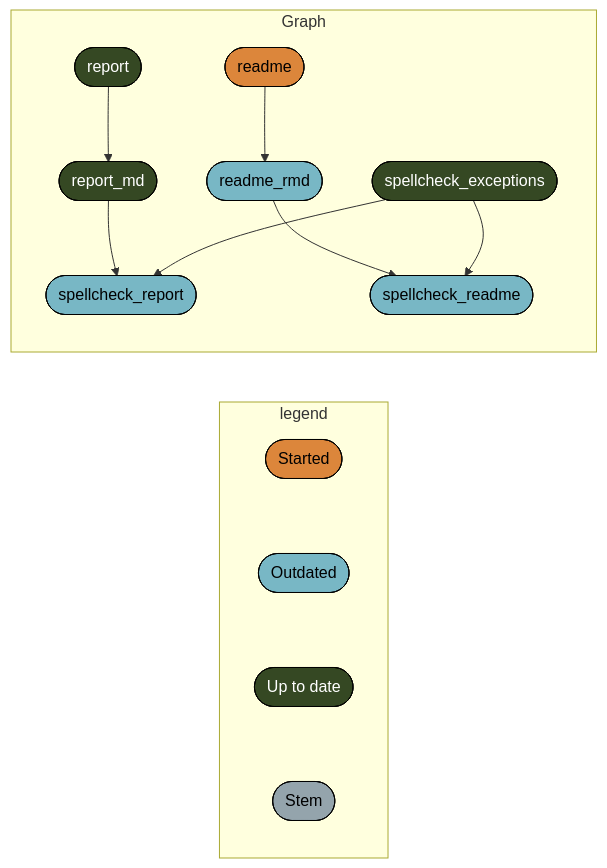
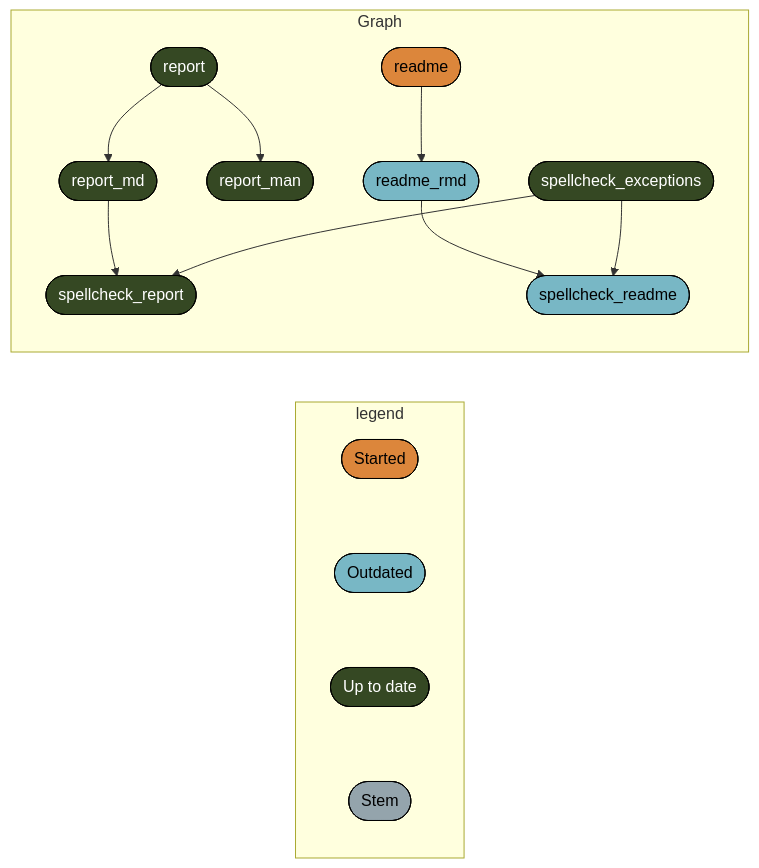
Before and after one commit to crsh/bf-defprit: the third of 3 diagrams in README.md, drawn with Mermaid. The commit also changed other lines of this file and 57 other files, not shown here.

````diff
--- a/README.md
+++ b/README.md
@@ -242,24 +241,25 @@
 ``` mermaid
                                                                                
 graph LR
   subgraph legend
     x5b3426b4c7fa7dbc([""Started""]):::started --- x0a52b03877696646([""Outdated""]):::outdated
     x0a52b03877696646([""Outdated""]):::outdated --- x7420bd9270f8d27d([""Up to date""]):::uptodate
     x7420bd9270f8d27d([""Up to date""]):::uptodate --- xbf4603d6c2c2ad6b([""Stem""]):::none
   end
   subgraph Graph
     x6e52cb0f1668cc22(["readme"]):::started --> x5a4cc06fc4a3b7ee(["readme_rmd"]):::outdated
-    x318ca994c4bb593a(["report_md"]):::uptodate --> xe6fb6b2c93ead02c(["spellcheck_report"]):::outdated
-    x4ffa27198e787466(["spellcheck_exceptions"]):::uptodate --> xe6fb6b2c93ead02c(["spellcheck_report"]):::outdated
+    xe0fba61fbc506510(["report"]):::uptodate --> x8a06cbfe0c910599(["report_man"]):::uptodate
+    x318ca994c4bb593a(["report_md"]):::uptodate --> xe6fb6b2c93ead02c(["spellcheck_report"]):::uptodate
+    x4ffa27198e787466(["spellcheck_exceptions"]):::uptodate --> xe6fb6b2c93ead02c(["spellcheck_report"]):::uptodate
     x5a4cc06fc4a3b7ee(["readme_rmd"]):::outdated --> xf1a660a3e2076bea(["spellcheck_readme"]):::outdated
     x4ffa27198e787466(["spellcheck_exceptions"]):::uptodate --> xf1a660a3e2076bea(["spellcheck_readme"]):::outdated
     xe0fba61fbc506510(["report"]):::uptodate --> x318ca994c4bb593a(["report_md"]):::uptodate
   end
   classDef started stroke:#000000,color:#000000,fill:#DC863B;
   classDef outdated stroke:#000000,color:#000000,fill:#78B7C5;
   classDef uptodate stroke:#000000,color:#ffffff,fill:#354823;
   classDef none stroke:#000000,color:#000000,fill:#94a4ac;
   linkStyle 0 stroke-width:0px;
   linkStyle 1 stroke-width:0px;
   linkStyle 2 stroke-width:0px;
 ```
````
